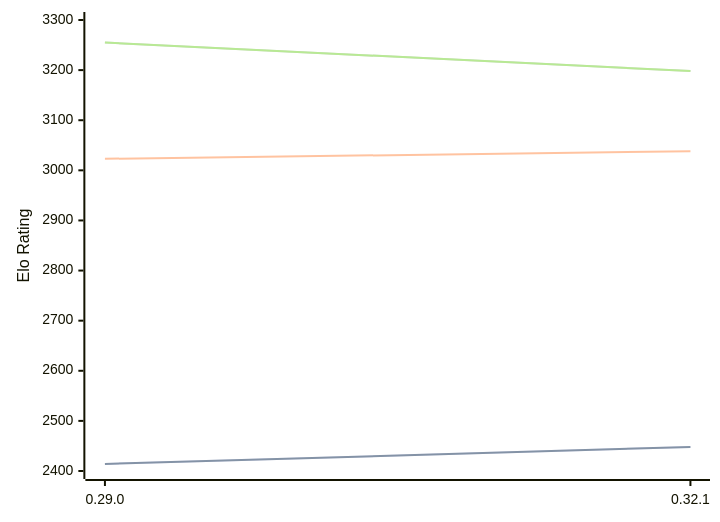
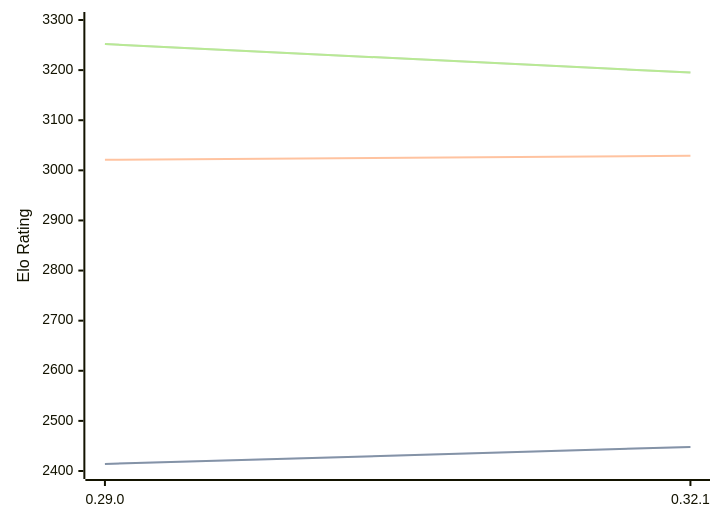
One commit to computer-chess-index/cci changed the diagram in engines/Lc0.md. Above: the diagram before and after it, drawn with Mermaid. The commit also changed other lines of this file, not shown here.

Commit message:
Update CCI Ratings (ELO VLTC) - 2026-03-31

````diff
--- a/engines/Lc0.md
+++ b/engines/Lc0.md
@@ -68,11 +68,11 @@
 ```mermaid
 %%{init: {"theme":"base","themeVariables":{"seriesColors:['#a3a3a3','#222221','#faa371']}}}%%
 xychart-beta
   x-axis ["0.29.0", "0.32.1"]
   y-axis "Elo Rating" 2400 --> 3300
   line "STC (8.0+0.08s)" [2414, 2448]
   line "STC (8.0+0.08s)" [2414, 2448]
-  line "LTC (60.0+0.60s)" [3023, 3038]
-  line "VLTC (2m24s+1.12s)" [3255, 3198]
-  line "VLTC (2m24s+1.12s)" [3255, 3198]
+  line "LTC (60.0+0.60s)" [3021, 3029]
+  line "VLTC (2m24s+1.12s)" [3252, 3195]
+  line "VLTC (2m24s+1.12s)" [3252, 3195]
 ```
````
